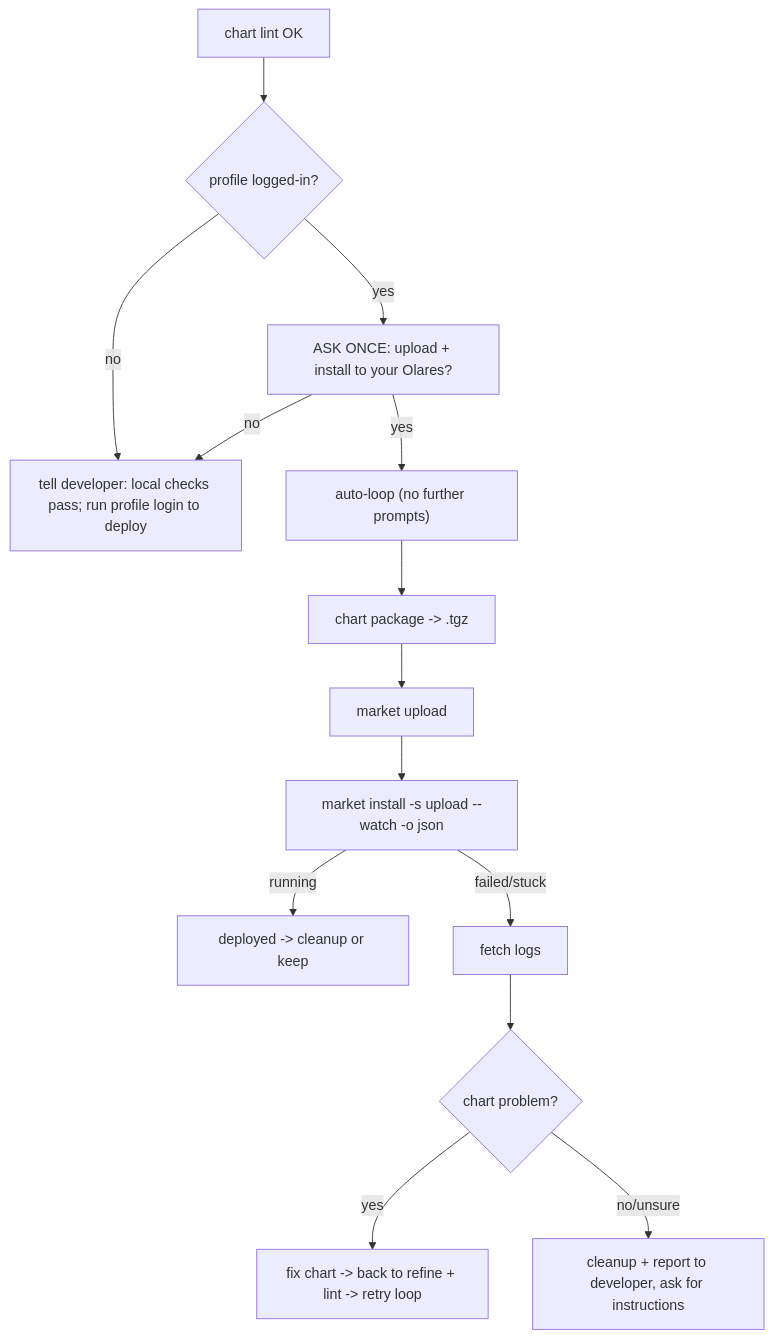
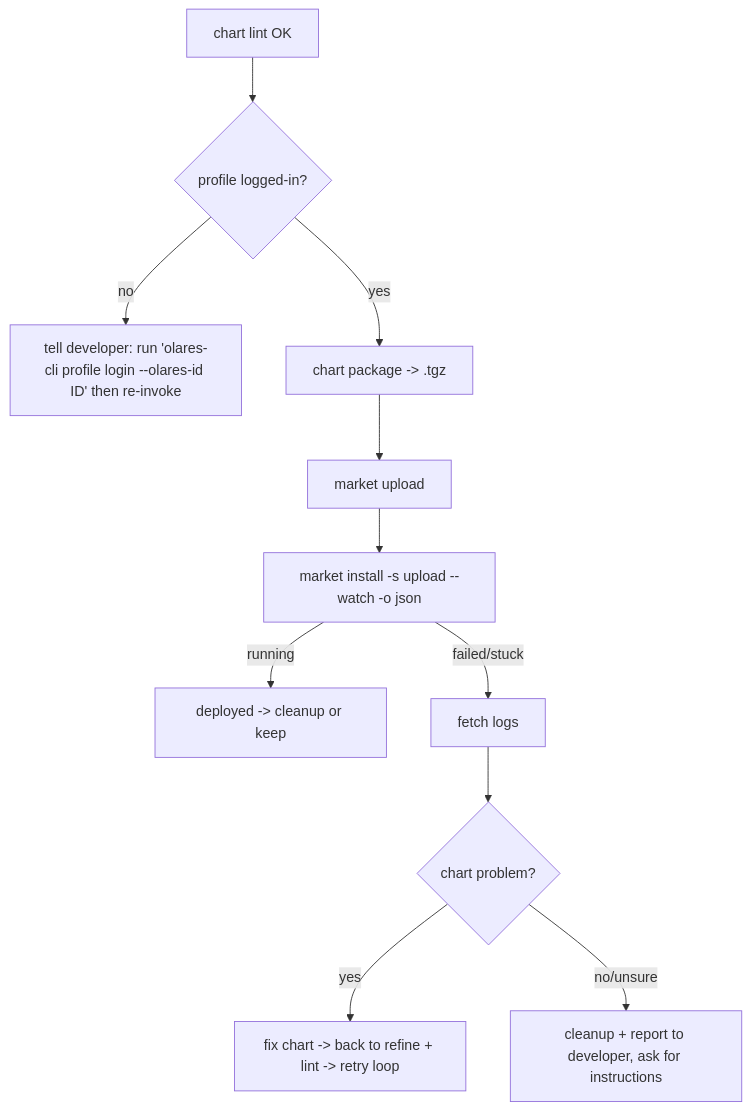
One commit to beclab/Olares changed the diagram in cli/skills/olares-chart/references/olares-chart-deploy.md. Above: the diagram before and after it, drawn with Mermaid. The commit also changed other lines of this file and 1 other file, not shown here.

Commit message:
docs(skills): auto-deploy after lint — remove upload confirmation step
The deploy loop no longer asks for confirmation before uploading.
After `chart lint` passes and the profile is logged in, the skill
drives package → upload → install → watch → diagnose → fix → retry
automatically. This removes the "ASK ONCE" gate that caused the skill
to stall when invoked programmatically or in a scripted flow.

Login is still manual — the skill stops and asks the developer to run
`profile login` if the profile is not logged in.

````diff
--- a/cli/skills/olares-chart/references/olares-chart-deploy.md
+++ b/cli/skills/olares-chart/references/olares-chart-deploy.md
@@ -10,16 +10,13 @@
 ```mermaid
 flowchart TD
   lintok["chart lint OK"] --> login{"profile logged-in?"}
-  login -->|no| tell["tell developer: local checks pass; run profile login to deploy"]
-  login -->|yes| ask["ASK ONCE: upload + install to your Olares?"]
-  ask -->|no| tell
-  ask -->|yes| loop["auto-loop (no further prompts)"]
-  loop --> pkg["chart package -> .tgz"]
+  login -->|no| tell["tell developer: run 'olares-cli profile login --olares-id ID' then re-invoke"]
+  login -->|yes| pkg["chart package -> .tgz"]
   pkg --> up["market upload"]
   up --> inst["market install -s upload --watch -o json"]
   inst -->|running| done["deployed -> cleanup or keep"]
   inst -->|failed/stuck| diag["fetch logs"]
   diag --> isChart{"chart problem?"}
   isChart -->|yes| fix["fix chart -> back to refine + lint -> retry loop"]
   isChart -->|no/unsure| report["cleanup + report to developer, ask for instructions"]
 ```
````
